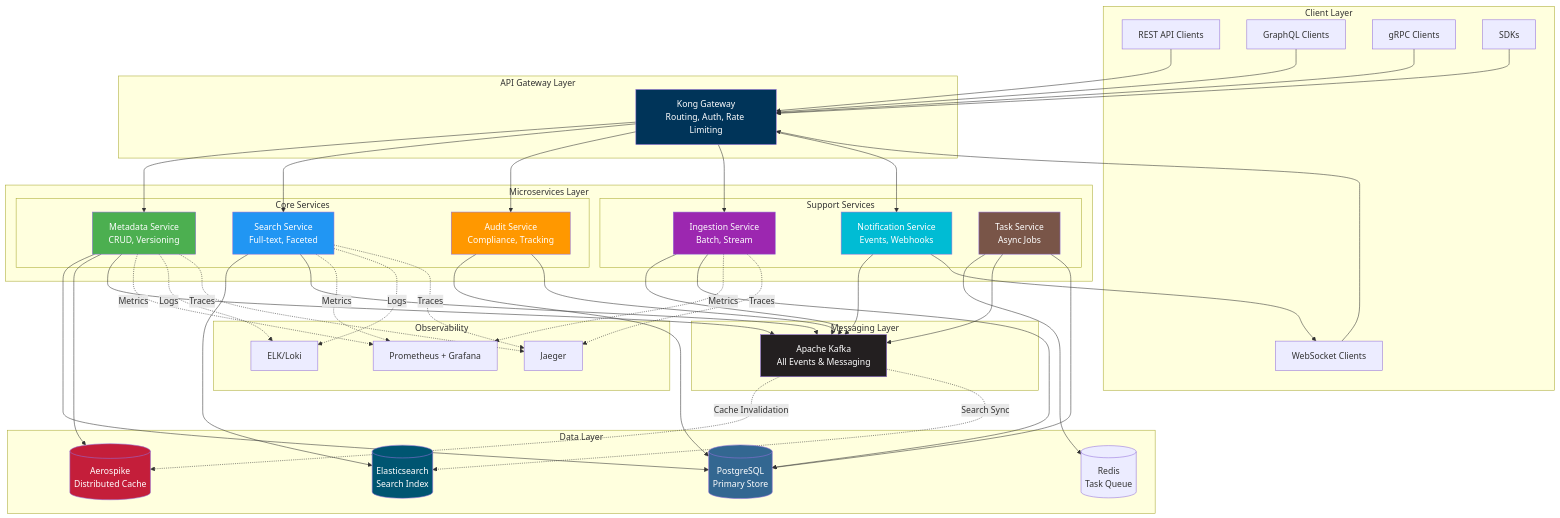
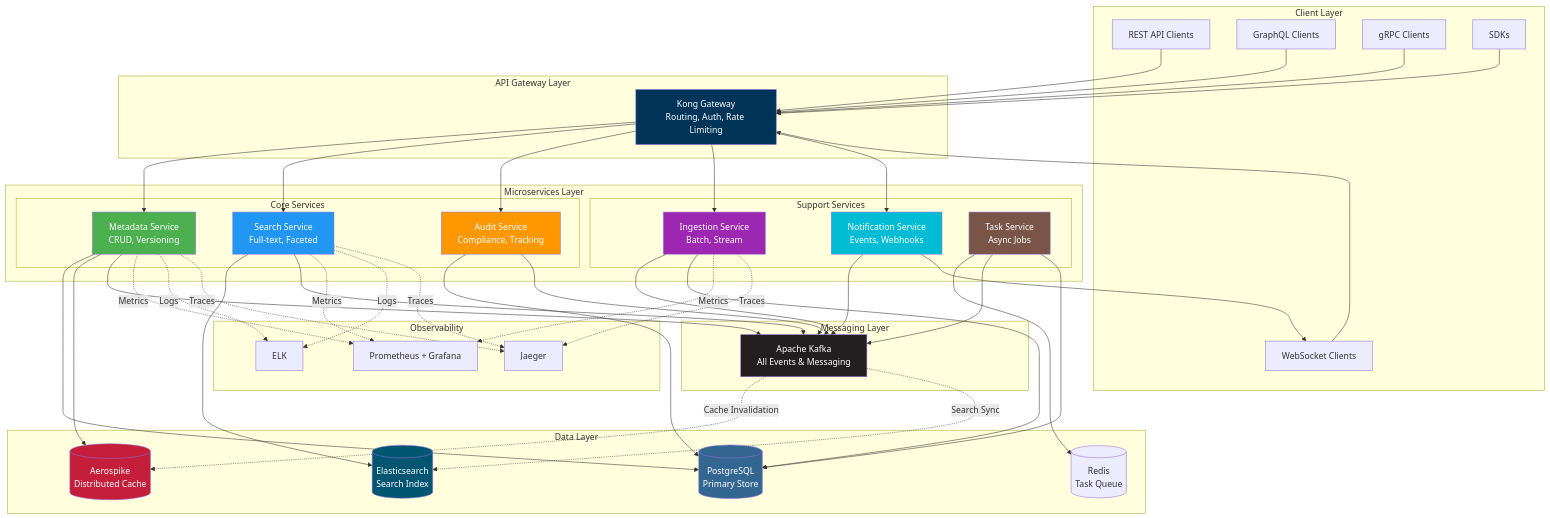
Before and after one commit to ravi0402/metastore: the diagram in diagrams/mermaid/02-system-architecture.mmd, drawn with Mermaid. The commit also changed 1 other file, not shown here.

Commit message:
feat: updated system-arch diagram

```diff
--- a/diagrams/mermaid/02-system-architecture.mmd
+++ b/diagrams/mermaid/02-system-architecture.mmd
@@ -1,101 +1,101 @@
 graph TB
     subgraph "Client Layer"
         REST[REST API Clients]
         GraphQL[GraphQL Clients]
         gRPC[gRPC Clients]
         WS[WebSocket Clients]
         SDK[SDKs]
     end
     
     subgraph "API Gateway Layer"
         Kong[Kong Gateway<br/>Routing, Auth, Rate Limiting]
     end
     
     subgraph "Microservices Layer"
         subgraph "Core Services"
             MetadataService[Metadata Service<br/>CRUD, Versioning<br/>]
             SearchService[Search Service<br/>Full-text, Faceted<br/>]
             AuditService[Audit Service<br/>Compliance, Tracking<br/>]
         end
         
         subgraph "Support Services"
             IngestionService[Ingestion Service<br/>Batch, Stream<br/>]
             NotificationService[Notification Service<br/>Events, Webhooks<br/>]
             TaskService[Task Service<br/>Async Jobs<br/>]
         end
     end
     
     subgraph "Messaging Layer"
         Kafka[Apache Kafka<br/>All Events & Messaging]
     end
     
     subgraph "Data Layer"
         Postgres[(PostgreSQL<br/>Primary Store)]
         Aerospike[(Aerospike<br/>Distributed Cache)]
         Elasticsearch[(Elasticsearch<br/>Search Index)]
         Redis[(Redis<br/>Task Queue)]
     end
     
     subgraph "Observability"
         Monitoring[Prometheus + Grafana]
-        Logging[ELK/Loki]
+        Logging[ELK]
         Tracing[Jaeger]
     end
     
     REST --> Kong
     GraphQL --> Kong
     gRPC --> Kong
     WS --> Kong
     SDK --> Kong
     
     Kong --> MetadataService
     Kong --> SearchService
     Kong --> AuditService
     Kong --> IngestionService
     Kong --> NotificationService
     
     MetadataService --> Postgres
     MetadataService --> Aerospike
     MetadataService --> Kafka
     
     SearchService --> Elasticsearch
     SearchService --> Kafka
     
     AuditService --> Postgres
     AuditService --> Kafka
     
     IngestionService --> Kafka
     IngestionService --> Postgres
     
     NotificationService --> Kafka
     NotificationService --> WS
     
     TaskService --> Redis
     TaskService --> Kafka
     TaskService --> Postgres
     
     Kafka -.Cache Invalidation.-> Aerospike
     Kafka -.Search Sync.-> Elasticsearch
     
     MetadataService -.Metrics.-> Monitoring
     SearchService -.Metrics.-> Monitoring
     IngestionService -.Metrics.-> Monitoring
     
     MetadataService -.Logs.-> Logging
     SearchService -.Logs.-> Logging
     
     MetadataService -.Traces.-> Tracing
     SearchService -.Traces.-> Tracing
     IngestionService -.Traces.-> Tracing
     
     style Postgres fill:#336791,color:#fff
     style Aerospike fill:#C41E3A,color:#fff
     style Elasticsearch fill:#005571,color:#fff
     style Kong fill:#003459,color:#fff
     style Kafka fill:#231F20,color:#fff
     style MetadataService fill:#4CAF50,color:#fff
     style SearchService fill:#2196F3,color:#fff
     style AuditService fill:#FF9800,color:#fff
     style IngestionService fill:#9C27B0,color:#fff
     style NotificationService fill:#00BCD4,color:#fff
     style TaskService fill:#795548,color:#fff
```
